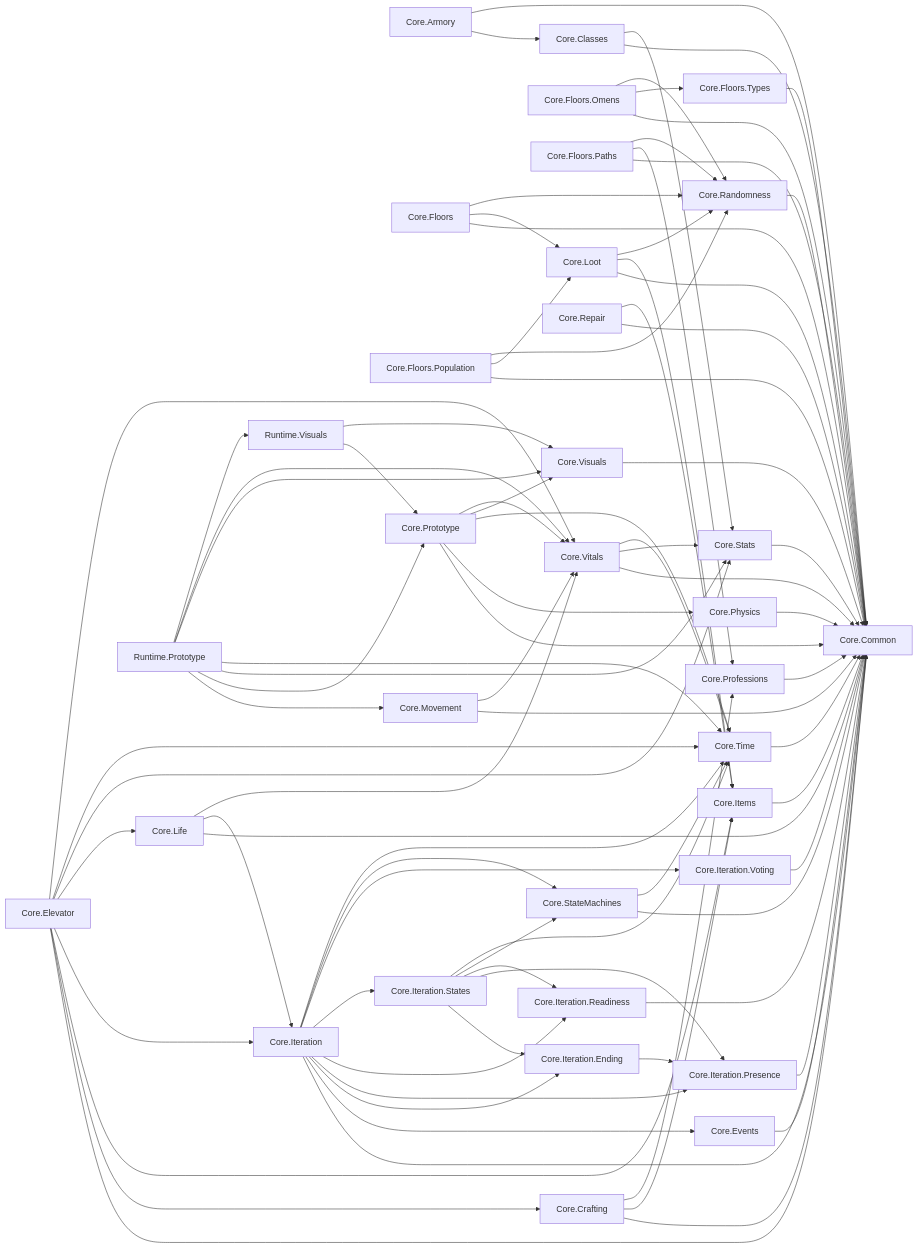
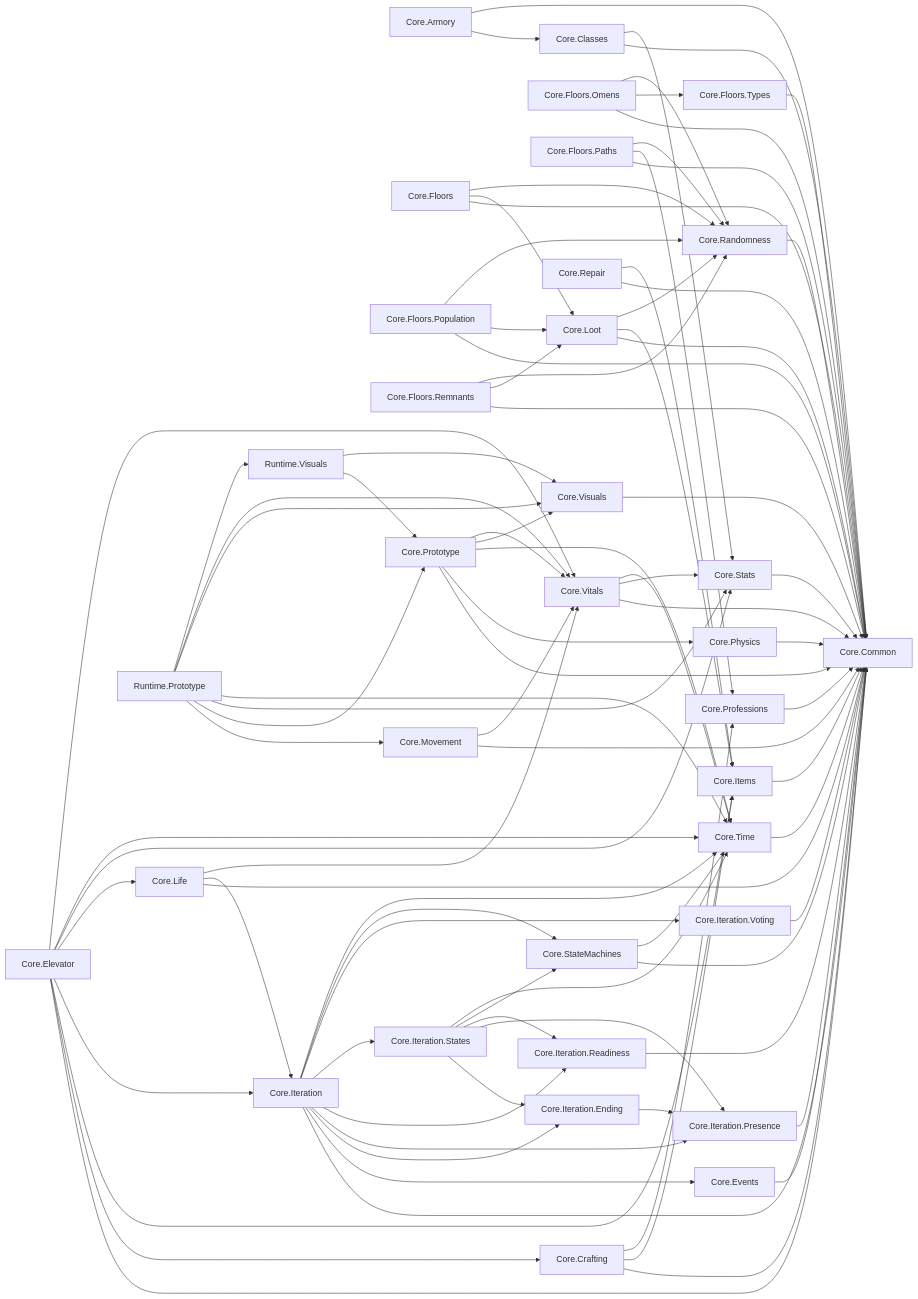
The diagram in docs/arquitectura/MODULOS.md (LazaroPol/Acensor), drawn with Mermaid before and after one commit. The commit also changed other lines of this file and 18 other files, not shown here.

````diff
--- a/docs/arquitectura/MODULOS.md
+++ b/docs/arquitectura/MODULOS.md
@@ -45,68 +46,70 @@
 ```mermaid
 flowchart LR
   n0["Core.Armory"]
   n1["Core.Classes"]
   n2["Core.Common"]
   n3["Core.Crafting"]
   n4["Core.Elevator"]
   n5["Core.Events"]
   n6["Core.Floors"]
   n7["Core.Floors.Omens"]
   n8["Core.Floors.Paths"]
   n9["Core.Floors.Population"]
-  n10["Core.Floors.Types"]
-  n11["Core.Items"]
-  n12["Core.Iteration"]
-  n13["Core.Iteration.Ending"]
-  n14["Core.Iteration.Presence"]
-  n15["Core.Iteration.Readiness"]
-  n16["Core.Iteration.States"]
-  n17["Core.Iteration.Voting"]
-  n18["Core.Life"]
-  n19["Core.Loot"]
-  n20["Core.Movement"]
-  n21["Core.Physics"]
-  n22["Core.Professions"]
-  n23["Core.Prototype"]
-  n24["Core.Randomness"]
-  n25["Core.Repair"]
-  n26["Core.StateMachines"]
-  n27["Core.Stats"]
-  n28["Core.Time"]
-  n29["Core.Visuals"]
-  n30["Core.Vitals"]
-  n31["Runtime.Prototype"]
-  n32["Runtime.Visuals"]
+  n10["Core.Floors.Remnants"]
+  n11["Core.Floors.Types"]
+  n12["Core.Items"]
+  n13["Core.Iteration"]
+  n14["Core.Iteration.Ending"]
+  n15["Core.Iteration.Presence"]
+  n16["Core.Iteration.Readiness"]
+  n17["Core.Iteration.States"]
+  n18["Core.Iteration.Voting"]
+  n19["Core.Life"]
+  n20["Core.Loot"]
+  n21["Core.Movement"]
+  n22["Core.Physics"]
+  n23["Core.Professions"]
+  n24["Core.Prototype"]
+  n25["Core.Randomness"]
+  n26["Core.Repair"]
+  n27["Core.StateMachines"]
+  n28["Core.Stats"]
+  n29["Core.Time"]
+  n30["Core.Visuals"]
+  n31["Core.Vitals"]
+  n32["Runtime.Prototype"]
+  n33["Runtime.Visuals"]
   n0 --> n1 & n2
-  n1 --> n2 & n27
-  n3 --> n2 & n11 & n22
-  n4 --> n2 & n3 & n11 & n12 & n18 & n27 & n28 & n30
+  n1 --> n2 & n28
+  n3 --> n2 & n12 & n23
+  n4 --> n2 & n3 & n12 & n13 & n19 & n28 & n29 & n31
   n5 --> n2
-  n6 --> n2 & n19 & n24
-  n7 --> n2 & n10 & n24
-  n8 --> n2 & n22 & n24
-  n9 --> n2 & n19 & n24
-  n10 --> n2
+  n6 --> n2 & n20 & n25
+  n7 --> n2 & n11 & n25
+  n8 --> n2 & n23 & n25
+  n9 --> n2 & n20 & n25
+  n10 --> n2 & n20 & n25
   n11 --> n2
-  n12 --> n2 & n5 & n13 & n14 & n15 & n16 & n17 & n26 & n28
-  n13 --> n14
-  n14 --> n2
+  n12 --> n2
+  n13 --> n2 & n5 & n14 & n15 & n16 & n17 & n18 & n27 & n29
+  n14 --> n15
   n15 --> n2
-  n16 --> n13 & n14 & n15 & n26 & n28
-  n17 --> n2
-  n18 --> n2 & n12 & n30
-  n19 --> n2 & n11 & n24
-  n20 --> n2 & n30
-  n21 --> n2
+  n16 --> n2
+  n17 --> n14 & n15 & n16 & n27 & n29
+  n18 --> n2
+  n19 --> n2 & n13 & n31
+  n20 --> n2 & n12 & n25
+  n21 --> n2 & n31
   n22 --> n2
-  n23 --> n2 & n21 & n28 & n29 & n30
-  n24 --> n2
-  n25 --> n2 & n11
-  n26 --> n2 & n28
-  n27 --> n2
+  n23 --> n2
+  n24 --> n2 & n22 & n29 & n30 & n31
+  n25 --> n2
+  n26 --> n2 & n12
+  n27 --> n2 & n29
   n28 --> n2
   n29 --> n2
-  n30 --> n2 & n27 & n28
-  n31 --> n20 & n23 & n27 & n28 & n29 & n30 & n32
-  n32 --> n23 & n29
+  n30 --> n2
+  n31 --> n2 & n28 & n29
+  n32 --> n21 & n24 & n28 & n29 & n30 & n31 & n33
+  n33 --> n24 & n30
 ```
````
